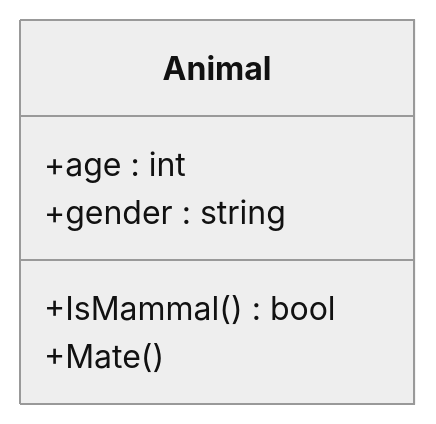
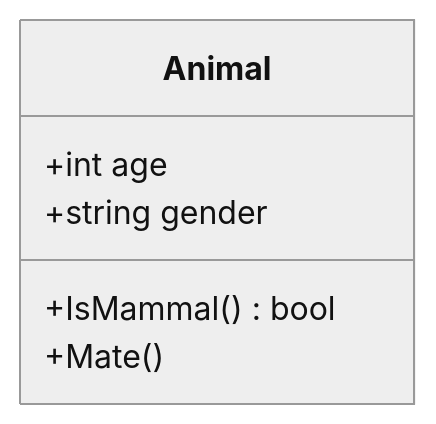
The third of 3 diagrams in Lesson01.md (ZhiZe-ZG/UMLLesson), drawn with Mermaid (neutral theme) before and after one commit. The commit also changed other lines of this file and 3 other files, not shown here.

````diff
--- a/Lesson01.md
+++ b/Lesson01.md
@@ -160,9 +160,9 @@
 ```mermaid
 classDiagram
 class Animal{
-        +age : int
-        +gender : string
+        +int age 
+        +string gender
         +IsMammal() bool
         +Mate()
     }
 ```
````
